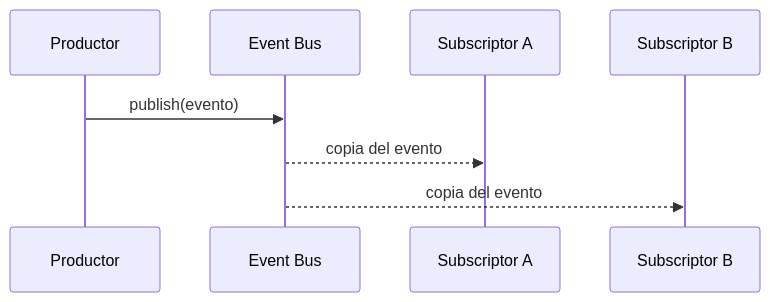
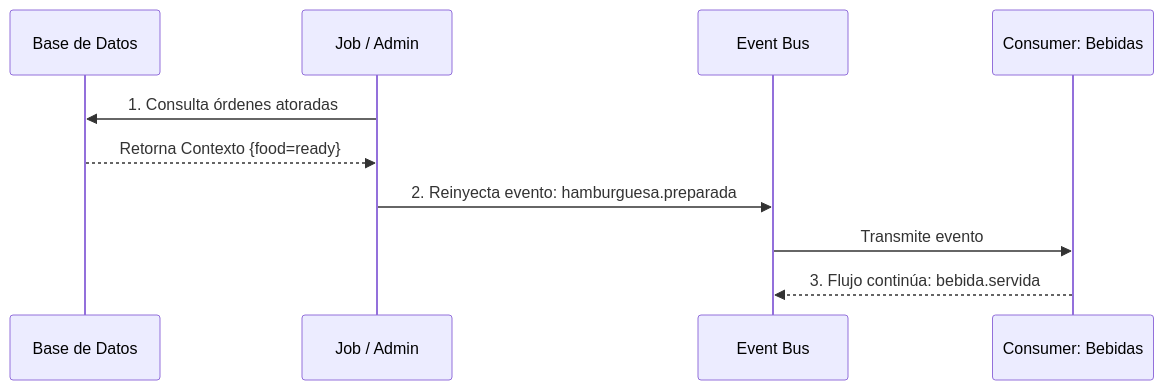
One commit to teamdroid-trainer/docs-docusaurus-trainer changed the sixth of 7 diagrams in docs/backend-java-quarkus/06-event-driven-mfa/event-driven-design.md. Above: the diagram before and after it, drawn with Mermaid. The commit also changed other lines of this file and 1 other file, not shown here.

````diff
--- a/docs/backend-java-quarkus/06-event-driven-mfa/event-driven-design.md
+++ b/docs/backend-java-quarkus/06-event-driven-mfa/event-driven-design.md
@@ -113,10 +193,13 @@
 ```mermaid
 sequenceDiagram
-    participant P as Productor
+    participant BD as Base de Datos
+    participant Admin as Job / Admin
     participant EB as Event Bus
-    participant A as Subscriptor A
-    participant B as Subscriptor B
-    P->>EB: publish(evento)
-    EB-->>A: copia del evento
-    EB-->>B: copia del evento
+    participant C2 as Consumer: Bebidas
+    
+    Admin->>BD: 1. Consulta órdenes atoradas
+    BD-->>Admin: Retorna Contexto {food=ready}
+    Admin->>EB: 2. Reinyecta evento: hamburguesa.preparada
+    EB->>C2: Transmite evento
+    C2-->>EB: 3. Flujo continúa: bebida.servida
 ```
````
